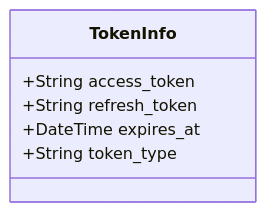
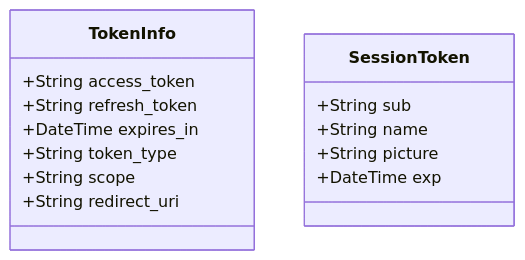
Before and after one commit to Skymore/ruit.me: the third of 8 diagrams in data/blog/implementing-email-analysis-with-google-oauth.mdx, drawn with Mermaid. The commit also changed other lines of this file and 5 other files, not shown here.

````diff
--- a/data/blog/implementing-email-analysis-with-google-oauth.mdx
+++ b/data/blog/implementing-email-analysis-with-google-oauth.mdx
@@ -125,9 +173,18 @@
 ```mermaid
 classDiagram
     class TokenInfo {
         +String access_token
         +String refresh_token
-        +DateTime expires_at
+        +DateTime expires_in
         +String token_type
+        +String scope
+        +String redirect_uri
+    }
+
+    class SessionToken {
+        +String sub
+        +String name
+        +String picture
+        +DateTime exp
     }
 ```
````
